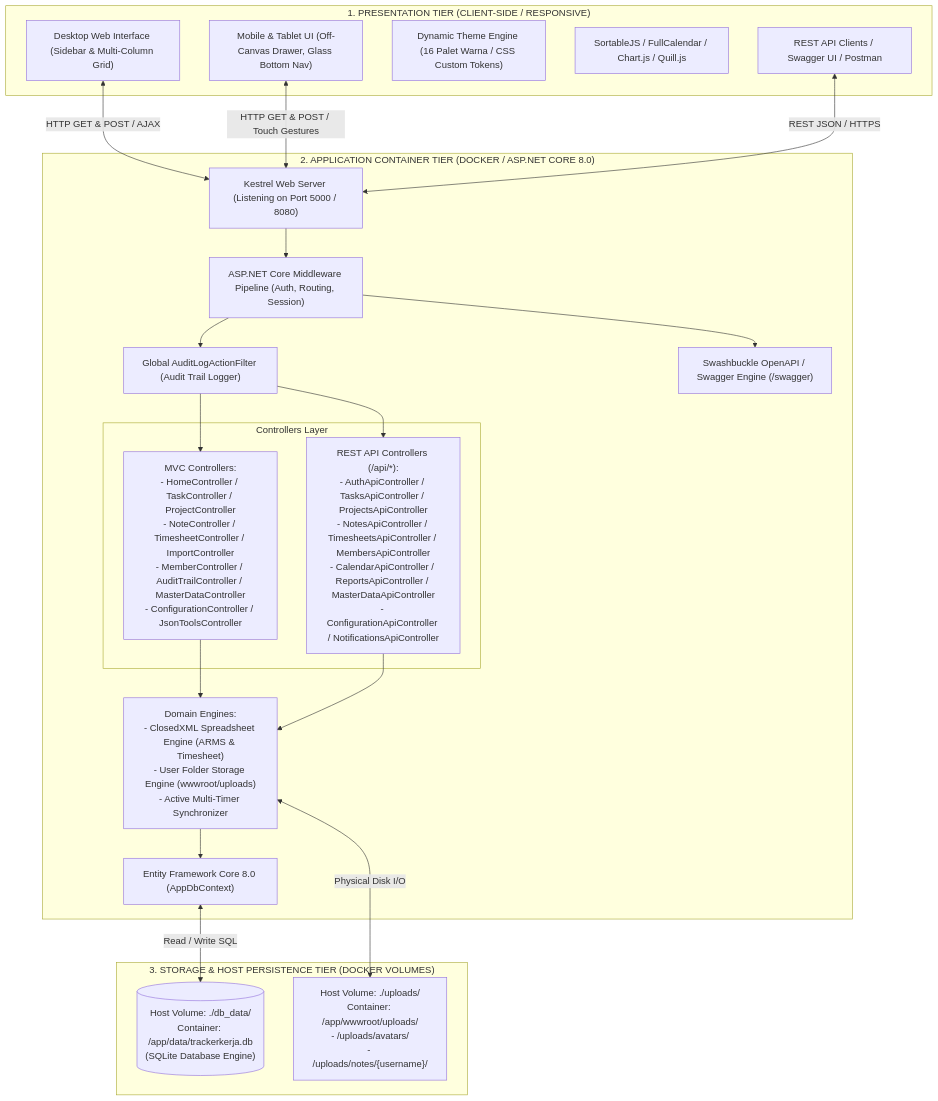
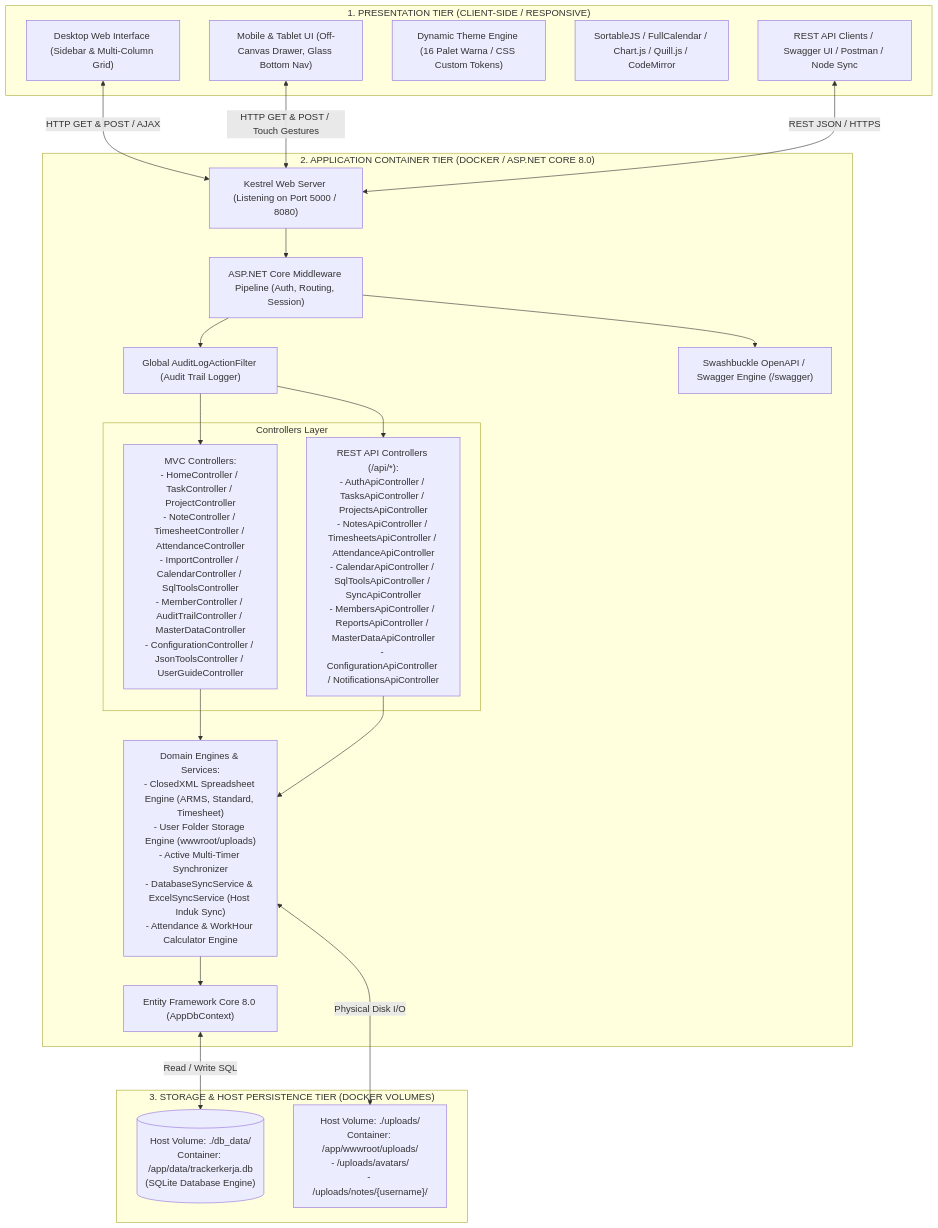
One commit to zhavick/TrackerKerja changed the first of 2 diagrams in FSD_WORK_TRACKER_PRO.md. Above: the diagram before and after it, drawn with Mermaid. The commit also changed other lines of this file and 7 other files, not shown here.

Commit message:
docs: update FSD, USER_GUIDE, README and related documentation with v3.3 features and sanitize credentials

````diff
--- a/FSD_WORK_TRACKER_PRO.md
+++ b/FSD_WORK_TRACKER_PRO.md
@@ -63,44 +70,44 @@
 ```mermaid
 flowchart TB
     subgraph ClientTier["1. PRESENTATION TIER (CLIENT-SIDE / RESPONSIVE)"]
         UI_Desktop["Desktop Web Interface (Sidebar & Multi-Column Grid)"]
         UI_Mobile["Mobile & Tablet UI (Off-Canvas Drawer, Glass Bottom Nav)"]
         CSS_Engine["Dynamic Theme Engine (16 Palet Warna / CSS Custom Tokens)"]
-        JS_Libs["SortableJS / FullCalendar / Chart.js / Quill.js"]
-        API_Consumers["REST API Clients / Swagger UI / Postman"]
+        JS_Libs["SortableJS / FullCalendar / Chart.js / Quill.js / CodeMirror"]
+        API_Consumers["REST API Clients / Swagger UI / Postman / Node Sync"]
     end
 
     subgraph ContainerTier["2. APPLICATION CONTAINER TIER (DOCKER / ASP.NET CORE 8.0)"]
         Kestrel["Kestrel Web Server (Listening on Port 5000 / 8080)"]
         Pipeline["ASP.NET Core Middleware Pipeline (Auth, Routing, Session)"]
         AuditFilter["Global AuditLogActionFilter (Audit Trail Logger)"]
         
         subgraph ControllersGroup["Controllers Layer"]
-            MVC_Controllers["MVC Controllers:\n- HomeController / TaskController / ProjectController\n- NoteController / TimesheetController / ImportController\n- MemberController / AuditTrailController / MasterDataController\n- ConfigurationController / JsonToolsController"]
-            API_Controllers["REST API Controllers (/api/*):\n- AuthApiController / TasksApiController / ProjectsApiController\n- NotesApiController / TimesheetsApiController / MembersApiController\n- CalendarApiController / ReportsApiController / MasterDataApiController\n- ConfigurationApiController / NotificationsApiController"]
+            MVC_Controllers["MVC Controllers:\n- HomeController / TaskController / ProjectController\n- NoteController / TimesheetController / AttendanceController\n- ImportController / CalendarController / SqlToolsController\n- MemberController / AuditTrailController / MasterDataController\n- ConfigurationController / JsonToolsController / UserGuideController"]
+            API_Controllers["REST API Controllers (/api/*):\n- AuthApiController / TasksApiController / ProjectsApiController\n- NotesApiController / TimesheetsApiController / AttendanceApiController\n- CalendarApiController / SqlToolsApiController / SyncApiController\n- MembersApiController / ReportsApiController / MasterDataApiController\n- ConfigurationApiController / NotificationsApiController"]
         end
 
         SwaggerEngine["Swashbuckle OpenAPI / Swagger Engine (/swagger)"]
-        Services["Domain Engines:\n- ClosedXML Spreadsheet Engine (ARMS & Timesheet)\n- User Folder Storage Engine (wwwroot/uploads)\n- Active Multi-Timer Synchronizer"]
+        Services["Domain Engines & Services:\n- ClosedXML Spreadsheet Engine (ARMS, Standard, Timesheet)\n- User Folder Storage Engine (wwwroot/uploads)\n- Active Multi-Timer Synchronizer\n- DatabaseSyncService & ExcelSyncService (Host Induk Sync)\n- Attendance & WorkHour Calculator Engine"]
         EFCore["Entity Framework Core 8.0 (AppDbContext)"]
     end
 
     subgraph HostPersistence["3. STORAGE & HOST PERSISTENCE TIER (DOCKER VOLUMES)"]
         DB_Volume[("Host Volume: ./db_data/\nContainer: /app/data/trackerkerja.db\n(SQLite Database Engine)")]
         Upload_Volume["Host Volume: ./uploads/\nContainer: /app/wwwroot/uploads/\n- /uploads/avatars/\n- /uploads/notes/{username}/"]
     end
 
     UI_Desktop <--> |HTTP GET & POST / AJAX| Kestrel
     UI_Mobile <--> |HTTP GET & POST / Touch Gestures| Kestrel
     API_Consumers <--> |REST JSON / HTTPS| Kestrel
 
     Kestrel --> Pipeline
     Pipeline --> AuditFilter
     AuditFilter --> MVC_Controllers & API_Controllers
     Pipeline --> SwaggerEngine
 
     MVC_Controllers & API_Controllers --> Services
     Services --> EFCore
     EFCore <--> |Read / Write SQL| DB_Volume
     Services <--> |Physical Disk I/O| Upload_Volume
 ```
````
